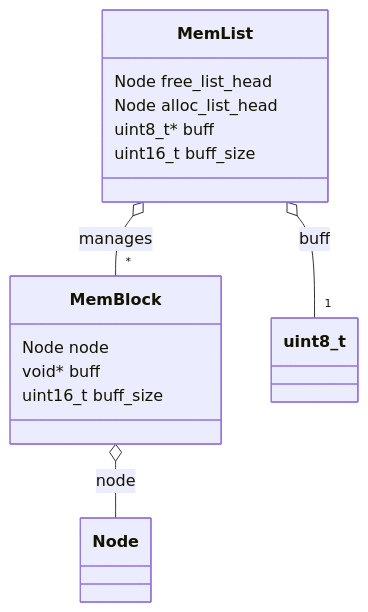
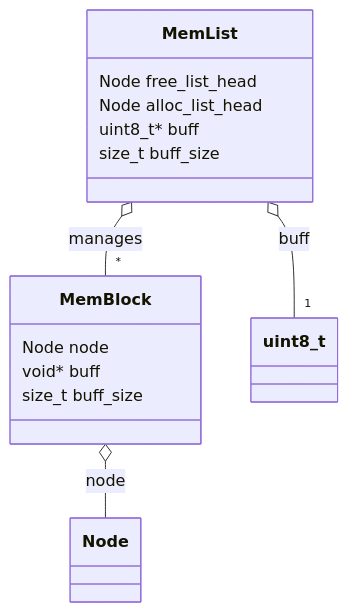
The diagram in docs/easy_embedded/utilities/static_alloc/static_alloc.rst (ezMbedded/EasyEmbeddedFramework), drawn with Mermaid before and after one commit. The commit also changed other lines of this file and 4 other files, not shown here.

```diff
--- a/docs/easy_embedded/utilities/static_alloc/static_alloc.rst
+++ b/docs/easy_embedded/utilities/static_alloc/static_alloc.rst
@@ -39,17 +39,17 @@
 .. mermaid::
 
    classDiagram
      class MemList {
        Node free_list_head
        Node alloc_list_head
        uint8_t* buff
-       uint16_t buff_size
+       size_t buff_size
      }
      class MemBlock {
        Node node
        void* buff
-       uint16_t buff_size
+       size_t buff_size
      }
      MemList o-- "*" MemBlock : manages
      MemBlock o-- Node : node
      MemList o-- "1" uint8_t : buff
```
